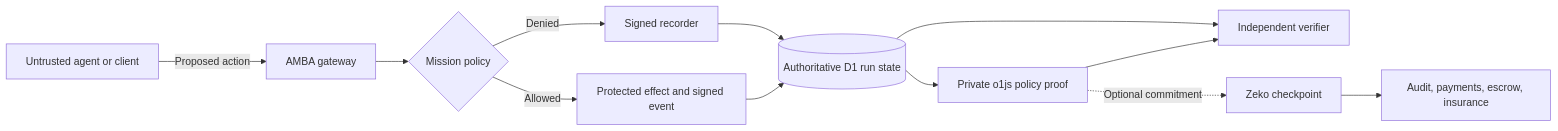
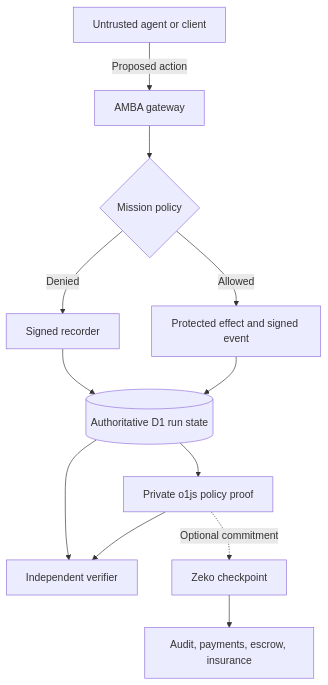
The diagram in README.md (Evan-k-global/pirates-at-the-gate_agent-security), drawn with Mermaid before and after one commit. The commit also changed 2 other files, not shown here.

Commit message:
Use compact vertical architecture diagram

````diff
--- a/README.md
+++ b/README.md
@@ -29,14 +29,14 @@
 ```mermaid
-flowchart LR
+flowchart TB
     A[Untrusted agent or client] -->|Proposed action| G[AMBA gateway]
     G --> P{Mission policy}
     P -->|Denied| R[Signed recorder]
     P -->|Allowed| E[Protected effect and signed event]
     R --> D[(Authoritative D1 run state)]
     E --> D
     D --> V[Independent verifier]
     D --> Z[Private o1js policy proof]
     Z --> V
     Z -. Optional commitment .-> C[Zeko checkpoint]
     C --> B[Audit, payments, escrow, insurance]
 ```
````
